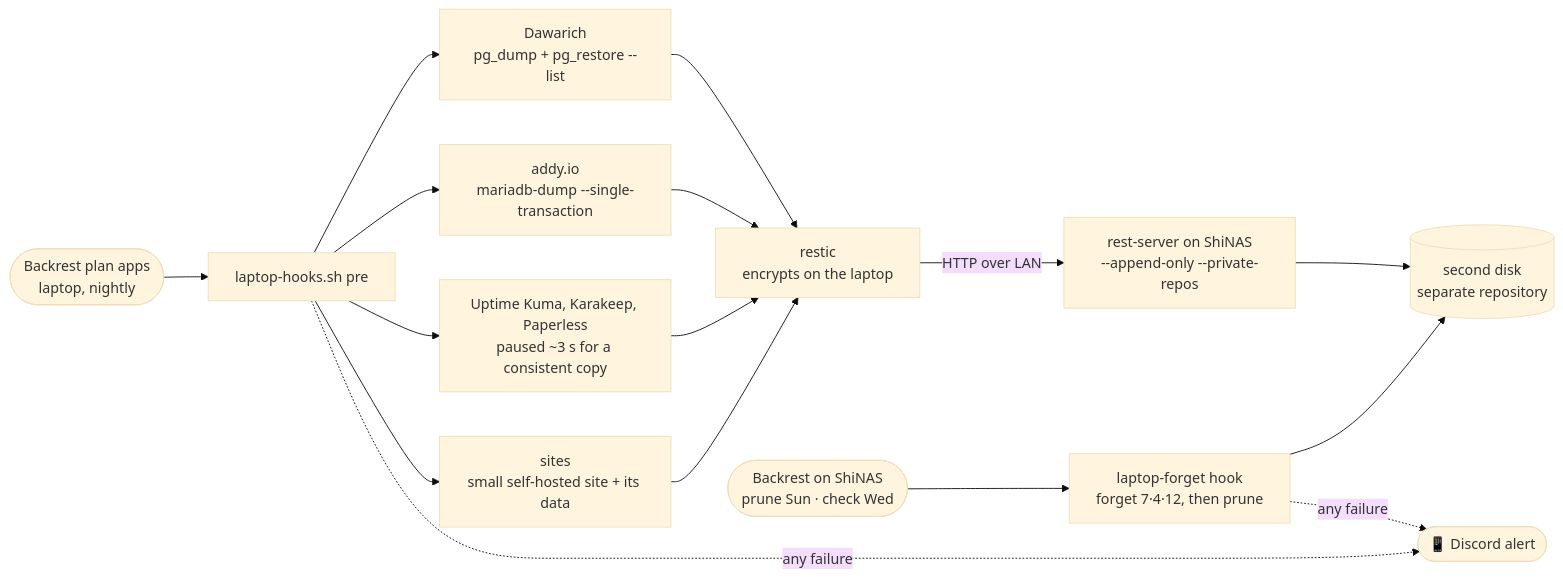
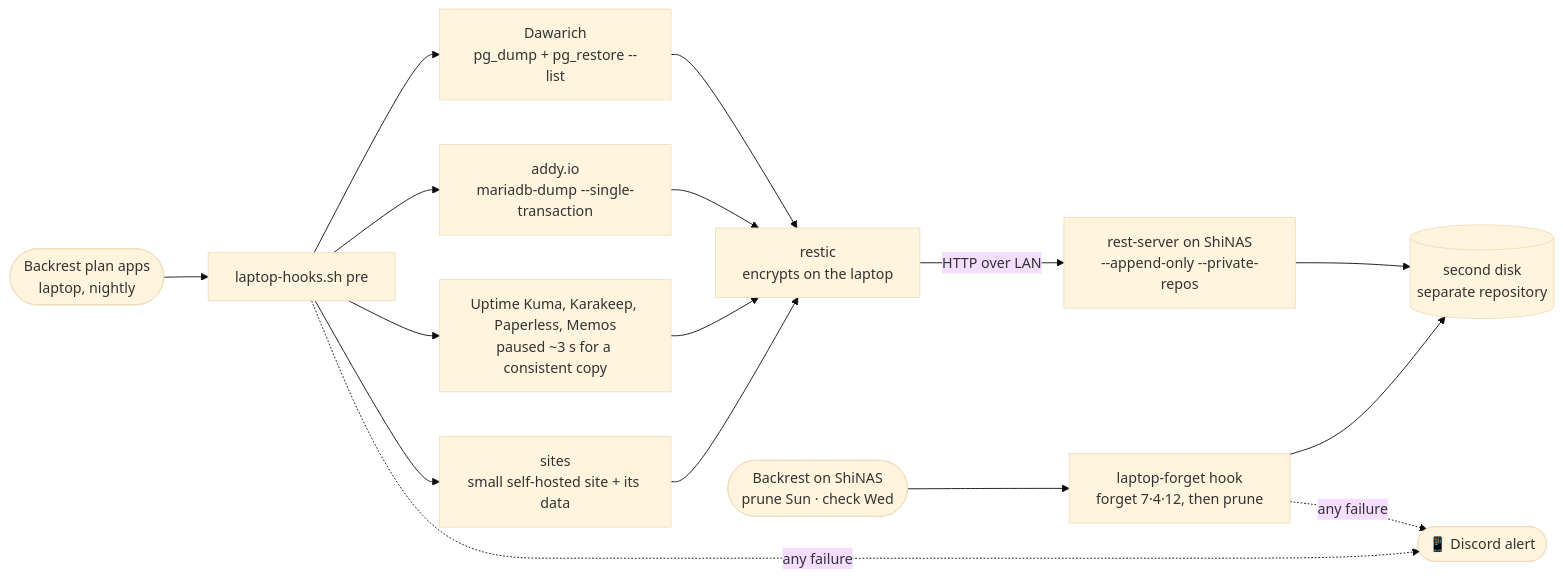
One commit to Shineori/homelab changed the second of 3 diagrams in docs/infrastructure/backups.md. Above: the diagram before and after it, drawn with Mermaid (base theme). The commit also changed other lines of this file and 4 other files, not shown here.

````diff
--- a/docs/infrastructure/backups.md
+++ b/docs/infrastructure/backups.md
@@ -187,18 +187,18 @@
 ```mermaid
 flowchart LR
     cron([Backrest plan apps<br/>laptop, nightly]) --> s[laptop-hooks.sh pre]
     s --> d[Dawarich<br/>pg_dump + pg_restore --list]
     s --> a[addy.io<br/>mariadb-dump --single-transaction]
-    s --> p[Uptime Kuma, Karakeep, Paperless<br/>paused ~3 s for a consistent copy]
+    s --> p[Uptime Kuma, Karakeep, Paperless, Memos<br/>paused ~3 s for a consistent copy]
     s --> w[sites<br/>small self-hosted site + its data]
     d --> r[restic<br/>encrypts on the laptop]
     a --> r
     p --> r
     w --> r
     r -- HTTP over LAN --> rs[rest-server on ShiNAS<br/>--append-only --private-repos]
     rs --> repo[(second disk<br/>separate repository)]
     nas([Backrest on ShiNAS<br/>prune Sun · check Wed]) --> pr[laptop-forget hook<br/>forget 7·4·12, then prune]
     pr --> repo
     s -. any failure .-> dc([📱 Discord alert])
     pr -. any failure .-> dc
 ```
````
